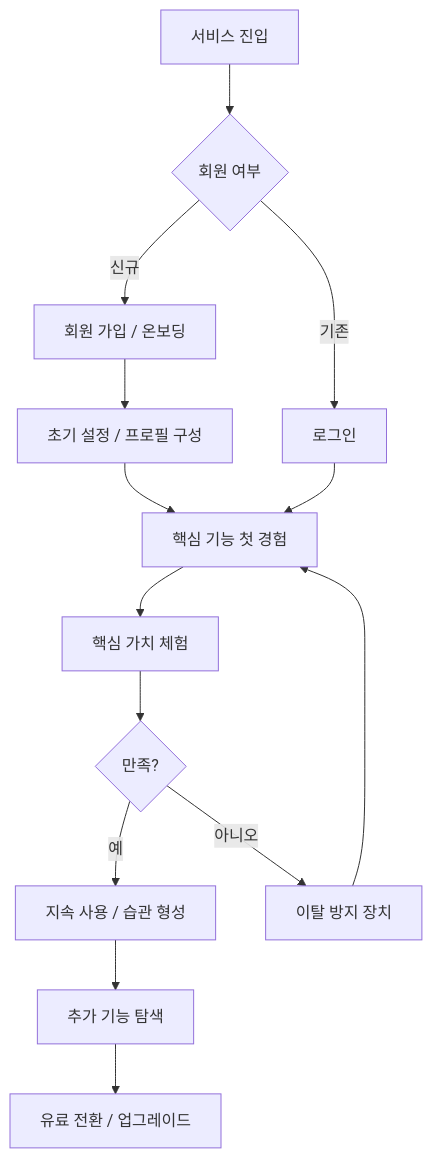
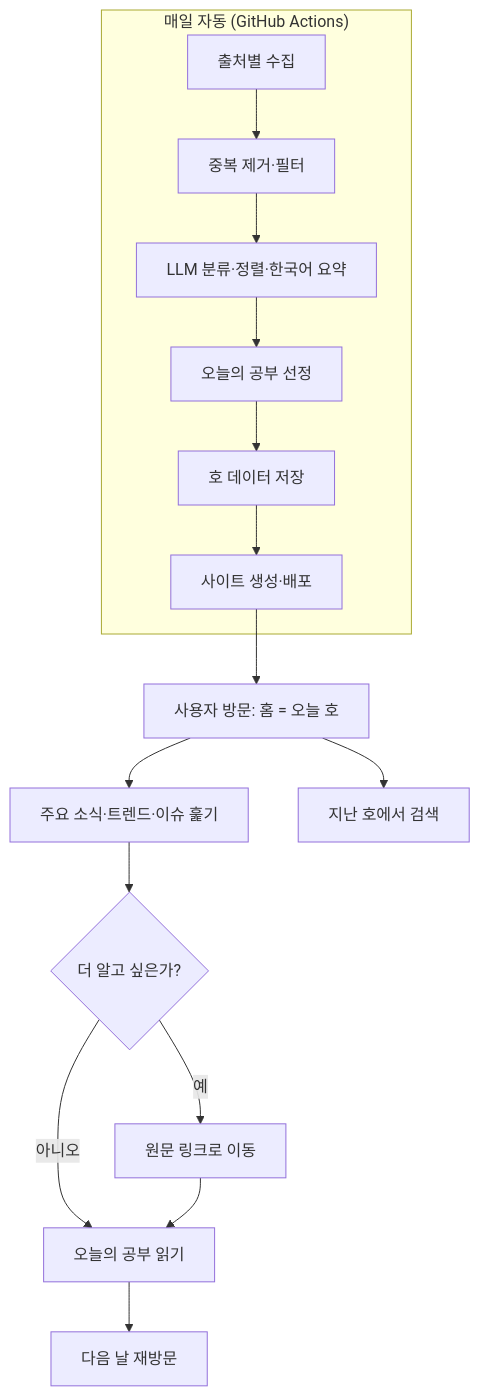
Before and after one commit to naneunimjee/2026-vibe-coding-adv: the first of 3 diagrams in waterfall/00-기획/서비스기획서.md, drawn with Mermaid. The commit also changed other lines of this file and 2 other files, not shown here.

````diff
--- a/waterfall/00-기획/서비스기획서.md
+++ b/waterfall/00-기획/서비스기획서.md
@@ -163,16 +156,18 @@
 ```mermaid
 flowchart TD
-    A[서비스 진입] --> B{회원 여부}
-    B -->|신규| C[회원 가입 / 온보딩]
-    B -->|기존| D[로그인]
-    C --> E[초기 설정 / 프로필 구성]
-    E --> F[핵심 기능 첫 경험]
-    D --> F
-    F --> G[핵심 가치 체험]
-    G --> H{만족?}
-    H -->|예| I[지속 사용 / 습관 형성]
-    H -->|아니오| J[이탈 방지 장치]
-    J --> F
-    I --> K[추가 기능 탐색]
-    K --> L[유료 전환 / 업그레이드]
+    subgraph SYS["매일 자동 (GitHub Actions)"]
+        S1[출처별 수집] --> S2[중복 제거·필터]
+        S2 --> S3[LLM 분류·정렬·한국어 요약]
+        S3 --> S4[오늘의 공부 선정]
+        S4 --> S5[호 데이터 저장]
+        S5 --> S6[사이트 생성·배포]
+    end
+    S6 --> A[사용자 방문: 홈 = 오늘 호]
+    A --> B[주요 소식·트렌드·이슈 훑기]
+    B --> C{더 알고 싶은가?}
+    C -->|예| D[원문 링크로 이동]
+    C -->|아니오| E[오늘의 공부 읽기]
+    D --> E
+    E --> F[다음 날 재방문]
+    A --> G[지난 호에서 검색]
 ```
````
